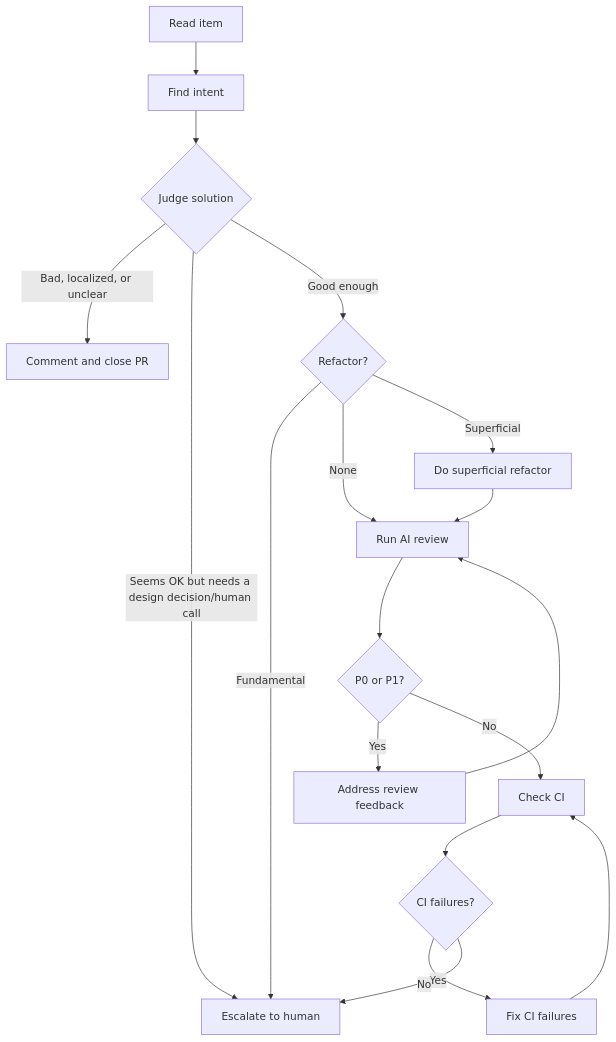
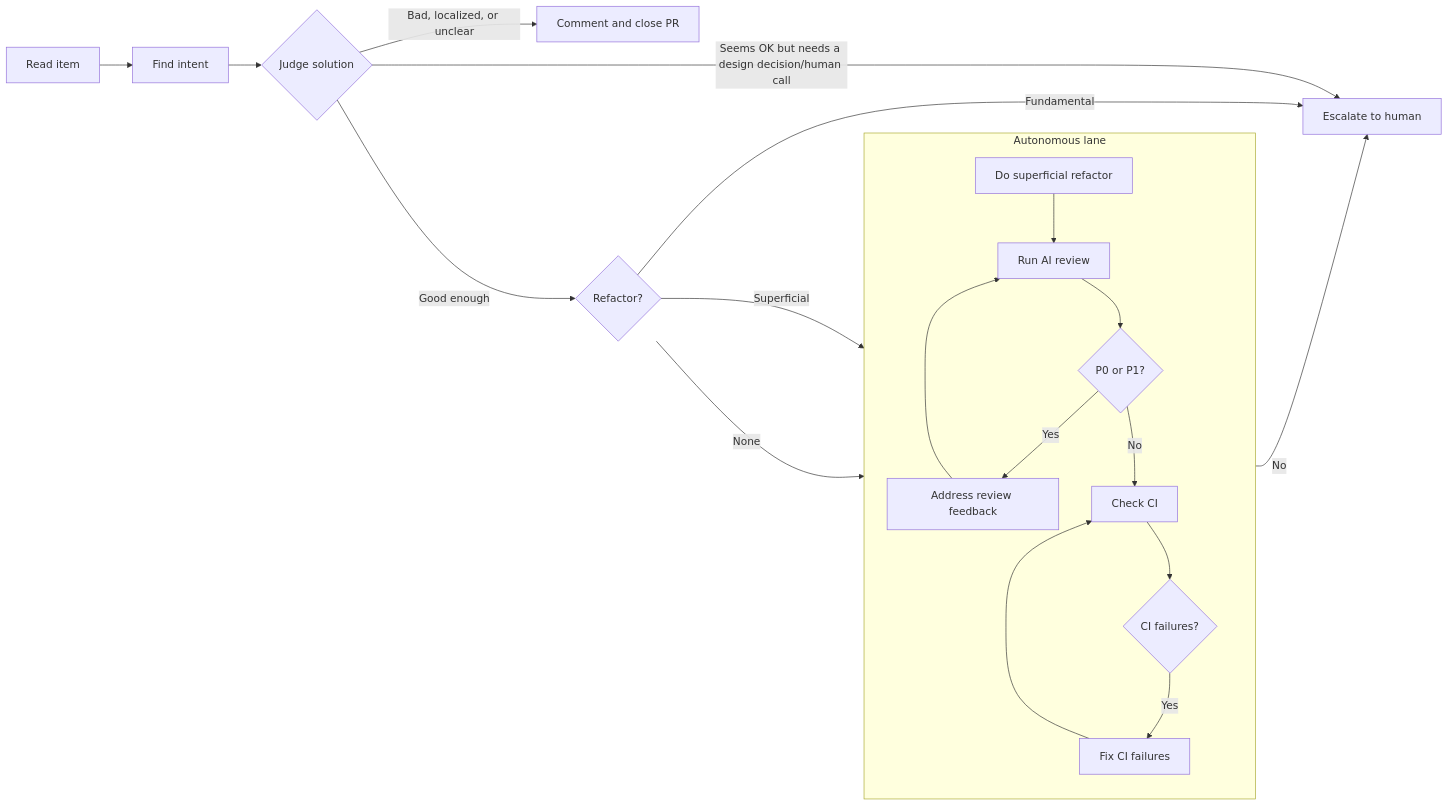
Before and after one commit to osolmaz/tools: the diagram in agents/prompts/pr-issue-triage.md, drawn with Mermaid.

Commit message:
docs: simplify triage flowchart layout

````diff
--- a/agents/prompts/pr-issue-triage.md
+++ b/agents/prompts/pr-issue-triage.md
@@ -5,20 +5,27 @@
 ```mermaid
-flowchart TD
+flowchart LR
     A[Read item] --> B[Find intent]
     B --> C{Judge solution}
+
     C -->|Bad, localized, or unclear| D[Comment and close PR]
     C -->|Seems OK but needs a design decision/human call| E[Escalate to human]
     C -->|Good enough| F{Refactor?}
+
     F -->|Fundamental| E
-    F -->|None| G[Run AI review]
     F -->|Superficial| R[Do superficial refactor]
-    R --> G
-    G --> H{P0 or P1?}
-    H -->|Yes| I[Address review feedback]
-    I --> G
-    H -->|No| J[Check CI]
-    J --> K{CI failures?}
-    K -->|Yes| L[Fix CI failures]
-    L --> J
+    F -->|None| G
+
+    subgraph AUTO["Autonomous lane"]
+        direction TB
+        R --> G[Run AI review]
+        G --> H{P0 or P1?}
+        H -->|Yes| I[Address review feedback]
+        I --> G
+        H -->|No| J[Check CI]
+        J --> K{CI failures?}
+        K -->|Yes| L[Fix CI failures]
+        L --> J
+    end
+
     K -->|No| E
 ```
````
